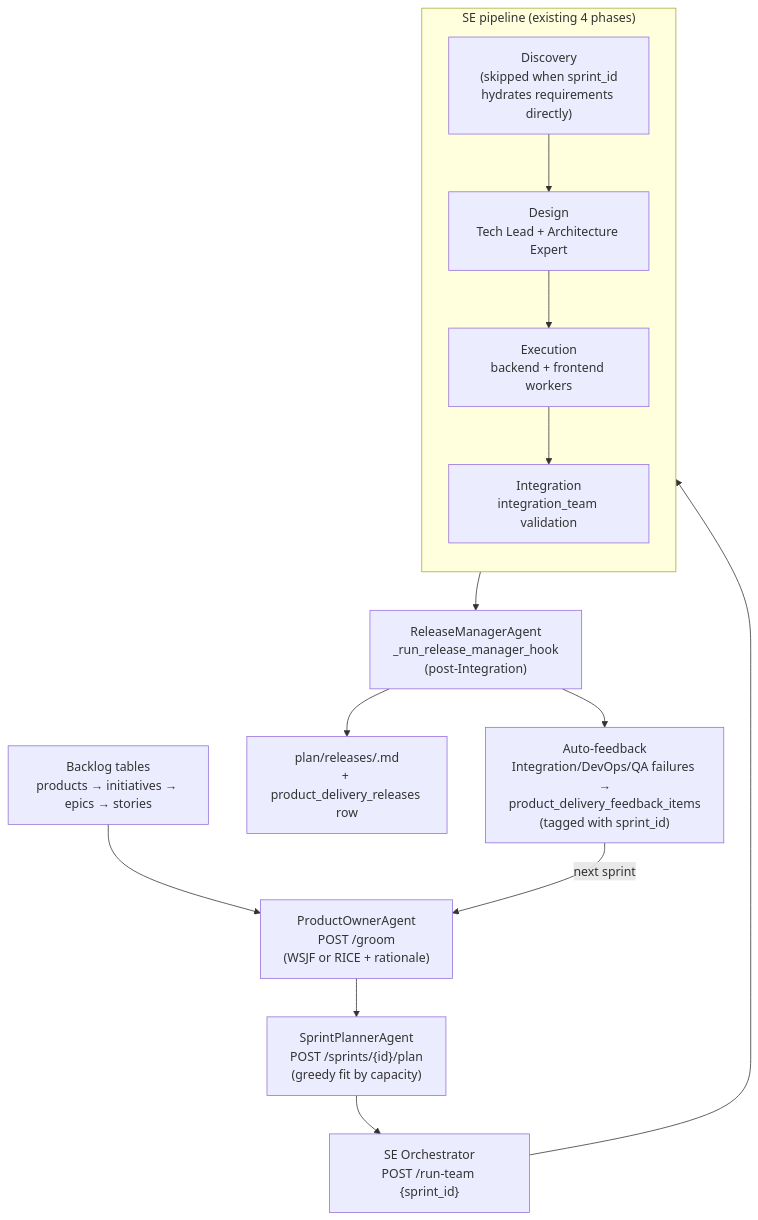
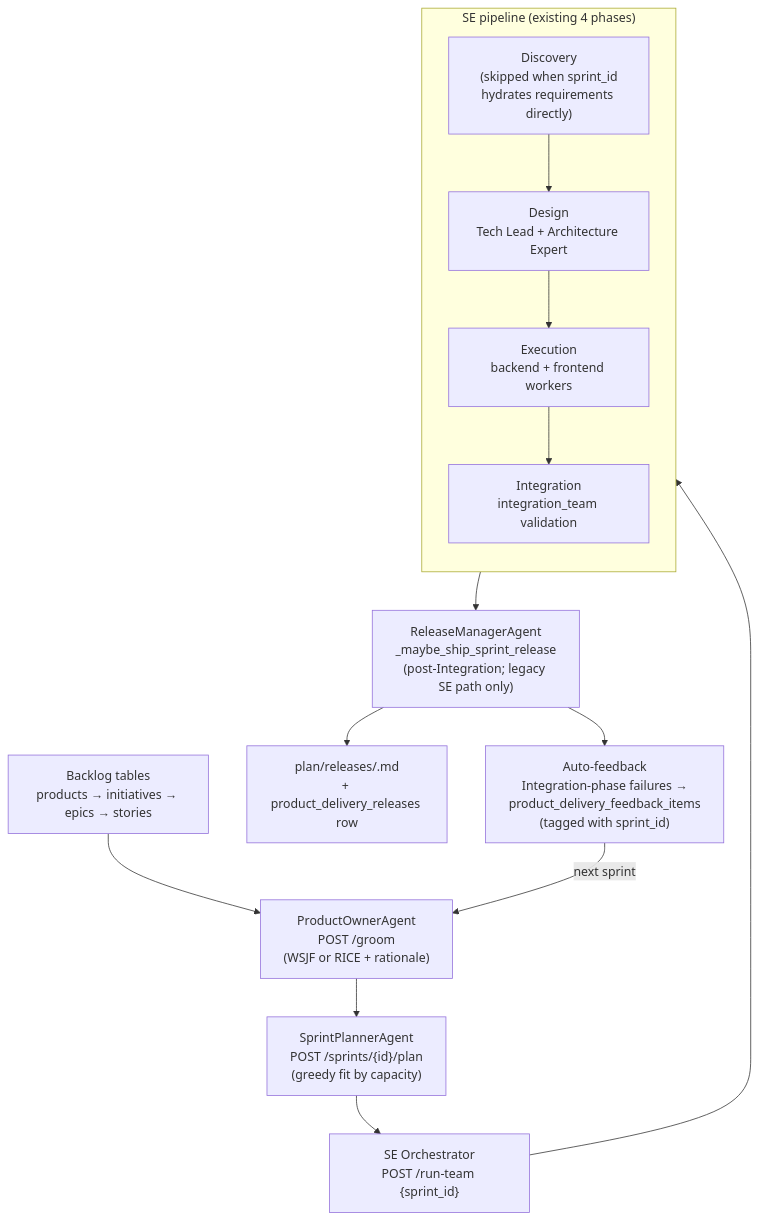
Before and after one commit to brandonkindred/Khala-Agentic-AI-Teams: diagram 12 of 14 in ARCHITECTURE.md, drawn with Mermaid. The commit also changed other lines of this file and 3 other files, not shown here.

First line of the commit message:
docs: correct release hook name, failure scope, and default-path gap (#373)

````diff
--- a/ARCHITECTURE.md
+++ b/ARCHITECTURE.md
@@ -539,26 +539,26 @@
 ```mermaid
 flowchart TB
     Backlog["Backlog tables\nproducts → initiatives → epics → stories"]
     Groom["ProductOwnerAgent\nPOST /groom\n(WSJF or RICE + rationale)"]
     Plan["SprintPlannerAgent\nPOST /sprints/{id}/plan\n(greedy fit by capacity)"]
     Run["SE Orchestrator\nPOST /run-team {sprint_id}"]
 
     subgraph se ["SE pipeline (existing 4 phases)"]
         direction TB
         Discovery["Discovery\n(skipped when sprint_id\nhydrates requirements directly)"]
         Design["Design\nTech Lead + Architecture Expert"]
         Execution["Execution\nbackend + frontend workers"]
         Integration["Integration\nintegration_team validation"]
         Discovery --> Design --> Execution --> Integration
     end
 
-    Release["ReleaseManagerAgent\n_run_release_manager_hook\n(post-Integration)"]
+    Release["ReleaseManagerAgent\n_maybe_ship_sprint_release\n(post-Integration; legacy SE path only)"]
     Notes["plan/releases/<version>.md\n+ product_delivery_releases row"]
-    Feedback["Auto-feedback\nIntegration/DevOps/QA failures →\nproduct_delivery_feedback_items\n(tagged with sprint_id)"]
+    Feedback["Auto-feedback\nIntegration-phase failures →\nproduct_delivery_feedback_items\n(tagged with sprint_id)"]
 
     Backlog --> Groom --> Plan --> Run --> Discovery
     Integration --> Release
     Release --> Notes
     Release --> Feedback
     Feedback -->|"next sprint"| Groom
 ```
````
